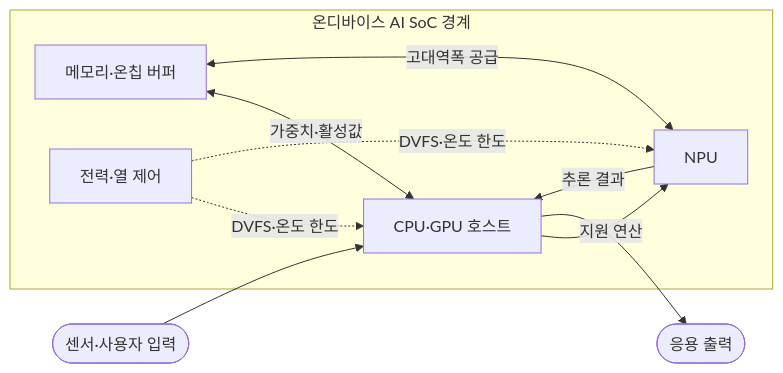
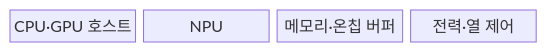
One commit to agnusdei1207/knowledge-base changed the first of 2 diagrams in src/content/docs/notes/02-hardware/084_soc_on_device_ai_chip.md. Above: the diagram before and after it, drawn with Mermaid. The commit also changed other lines of this file and 20 other files, not shown here.

````diff
--- a/src/content/docs/notes/02-hardware/084_soc_on_device_ai_chip.md
+++ b/src/content/docs/notes/02-hardware/084_soc_on_device_ai_chip.md
@@ -70,19 +68,8 @@
 ```mermaid
-flowchart LR
-    I([센서·사용자 입력])
-    O([응용 출력])
-    subgraph S["온디바이스 AI SoC 경계"]
-        H["CPU·GPU 호스트"]
-        N["NPU"]
-        M["메모리·온칩 버퍼"]
-        P["전력·열 제어"]
-        H -->|"지원 연산"| N
-        N -->|"추론 결과"| H
-        M <-->|"가중치·활성값"| H
-        M <-->|"고대역폭 공급"| N
-        P -.->|"DVFS·온도 한도"| H
-        P -.->|"DVFS·온도 한도"| N
-    end
-    I --> H
-    H --> O
+block
+  columns 4
+  A["CPU·GPU 호스트"]
+  B["NPU"]
+  C["메모리·온칩 버퍼"]
+  D["전력·열 제어"]
 ```
````
